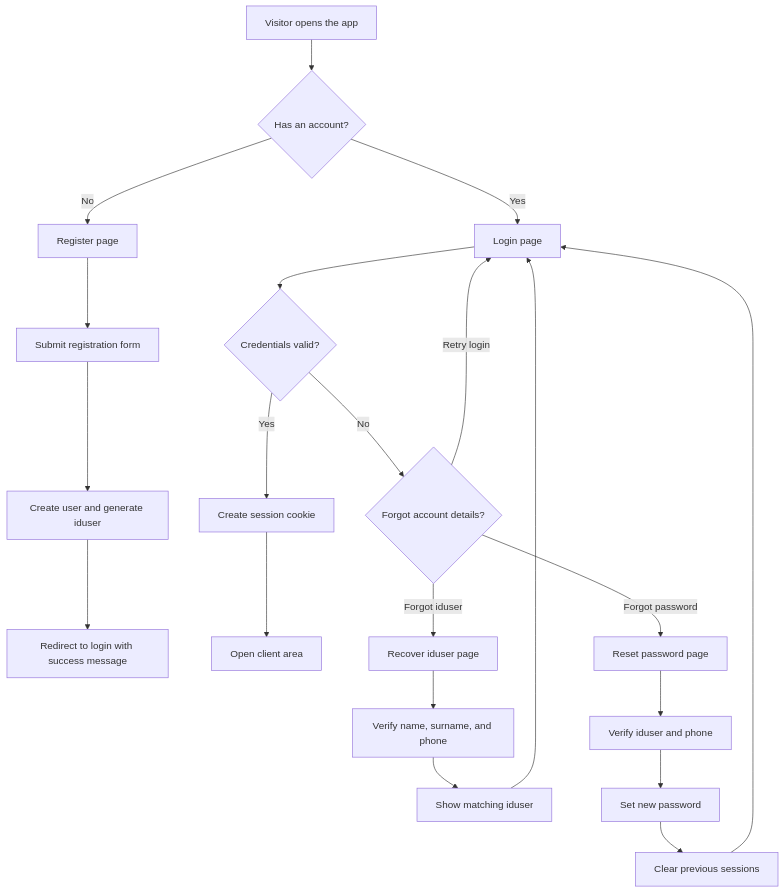
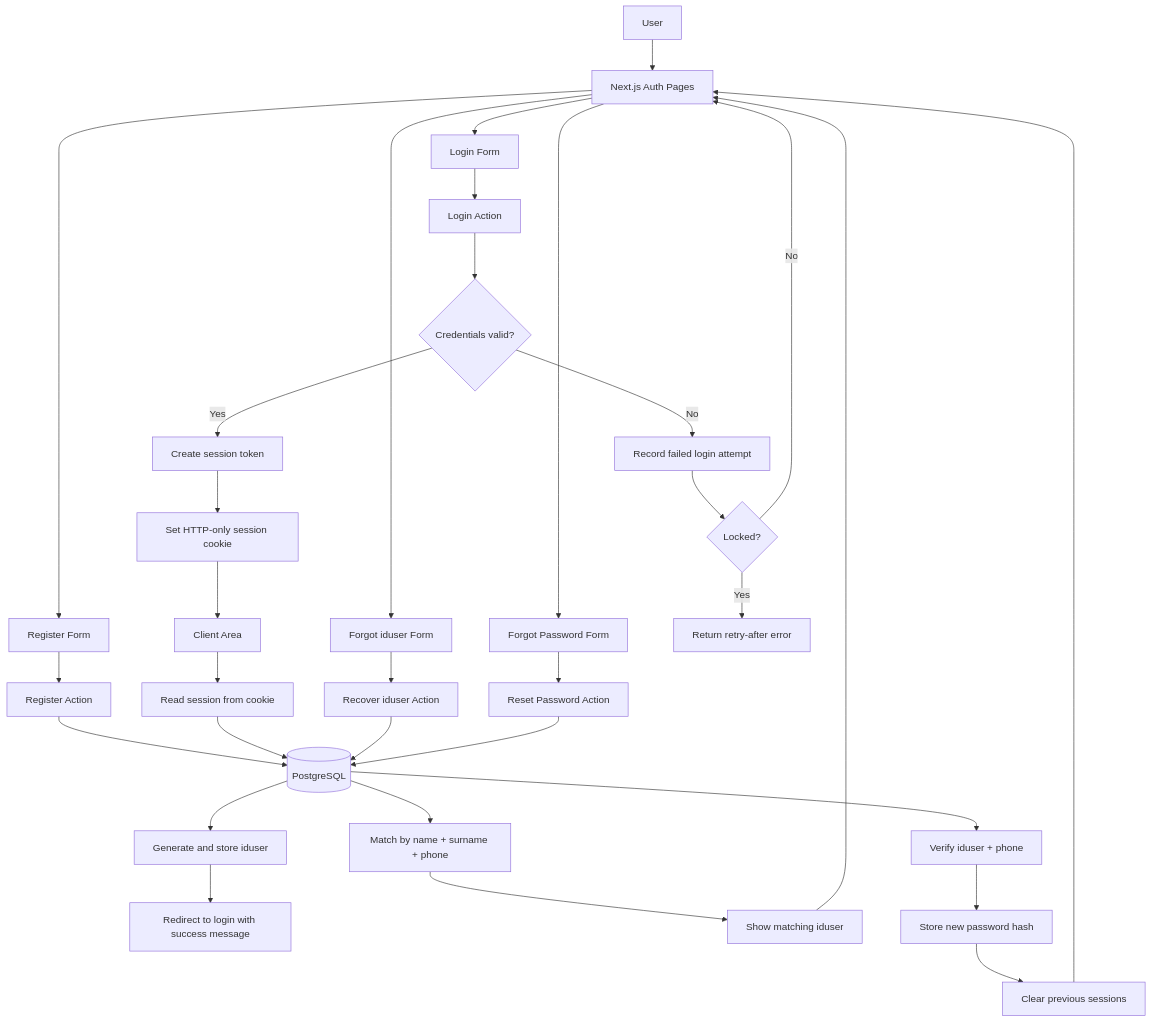
Before and after one commit to 12MICKY/login-template: the diagram in README.md, drawn with Mermaid. The commit also changed other lines of this file, not shown here.

Commit message:
Add badges and system flowchart to README

````diff
--- a/README.md
+++ b/README.md
@@ -24,27 +29,39 @@
 ```mermaid
 flowchart TD
-    A[Visitor opens the app] --> B{Has an account?}
-    B -->|Yes| C[Login page]
-    B -->|No| D[Register page]
+    U[User] --> H[Next.js Auth Pages]
+    H --> L[Login Form]
+    H --> R[Register Form]
+    H --> FI[Forgot iduser Form]
+    H --> FP[Forgot Password Form]
 
-    D --> E[Submit registration form]
-    E --> F[Create user and generate iduser]
-    F --> G[Redirect to login with success message]
+    R --> RA[Register Action]
+    RA --> DB[(PostgreSQL)]
+    DB --> RID[Generate and store iduser]
+    RID --> LS[Redirect to login with success message]
 
-    C --> H{Credentials valid?}
-    H -->|Yes| I[Create session cookie]
-    I --> J[Open client area]
-    H -->|No| K{Forgot account details?}
-    K -->|Forgot iduser| L[Recover iduser page]
-    K -->|Forgot password| M[Reset password page]
-    K -->|Retry login| C
+    L --> LA[Login Action]
+    LA --> AV{Credentials valid?}
+    AV -->|Yes| SS[Create session token]
+    SS --> SC[Set HTTP-only session cookie]
+    SC --> CA[Client Area]
+    CA --> GS[Read session from cookie]
+    GS --> DB
 
-    L --> N[Verify name, surname, and phone]
-    N --> O[Show matching iduser]
-    O --> C
+    AV -->|No| RL[Record failed login attempt]
+    RL --> LK{Locked?}
+    LK -->|No| H
+    LK -->|Yes| ER[Return retry-after error]
 
-    M --> P[Verify iduser and phone]
-    P --> Q[Set new password]
-    Q --> R[Clear previous sessions]
-    R --> C
+    FI --> FIA[Recover iduser Action]
+    FIA --> DB
+    DB --> IDR[Match by name + surname + phone]
+    IDR --> IDS[Show matching iduser]
+    IDS --> H
+
+    FP --> FPA[Reset Password Action]
+    FPA --> DB
+    DB --> PWD[Verify iduser + phone]
+    PWD --> NPS[Store new password hash]
+    NPS --> CLS[Clear previous sessions]
+    CLS --> H
 ```
````
